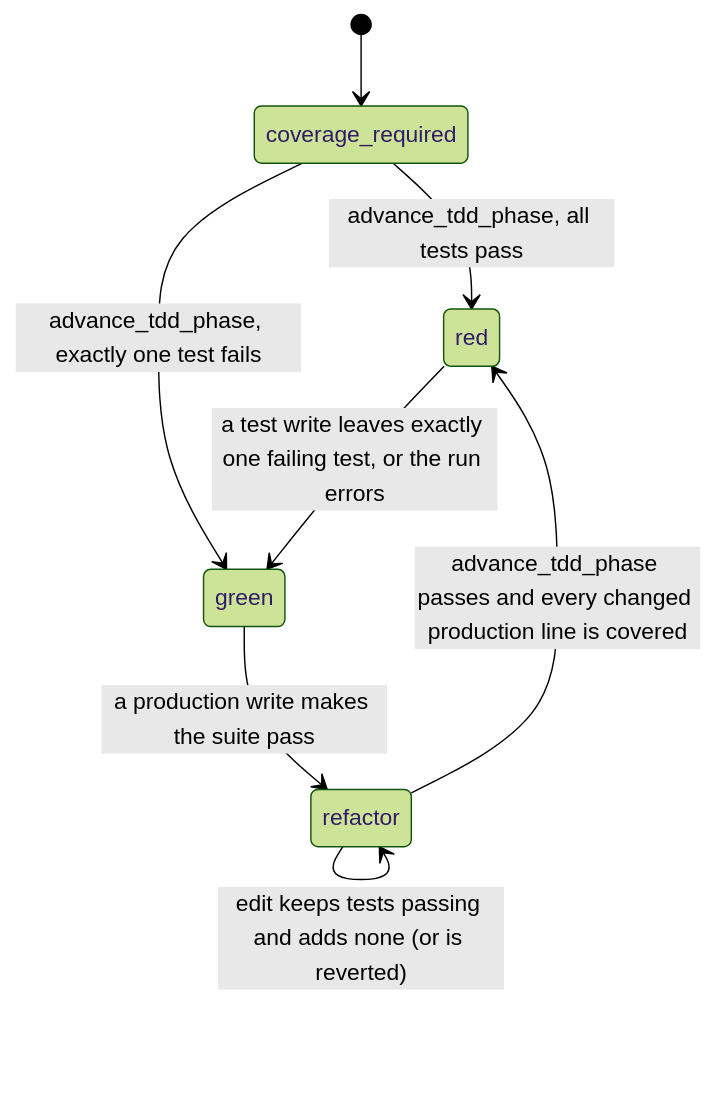
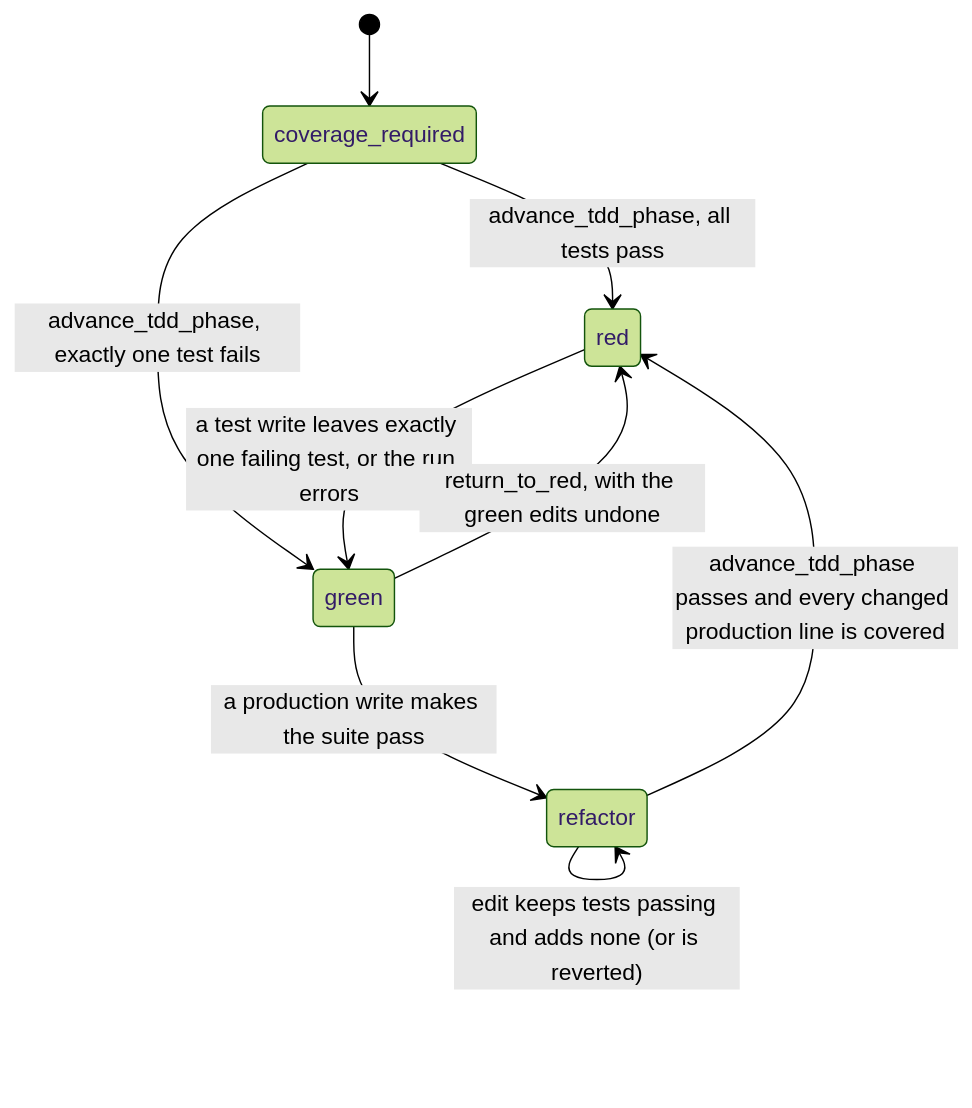
One commit to ChrisLucian-HunterIndustries/TDD-MCP changed the diagram in README.md. Above: the diagram before and after it, drawn with Mermaid (forest theme). The commit also changed other lines of this file and 2 other files, not shown here.

Commit message:
. d [return-to-red] Document return_to_red and restore README edits lost to a parallel-write race

````diff
--- a/README.md
+++ b/README.md
@@ -7,10 +7,11 @@
 ```mermaid
 stateDiagram-v2
     [*] --> coverage_required
     coverage_required --> red: advance_tdd_phase, all tests pass
     coverage_required --> green: advance_tdd_phase, exactly one test fails
     red --> green: a test write leaves exactly one failing test, or the run errors
     green --> refactor: a production write makes the suite pass
+    green --> red: return_to_red, with the green edits undone
     refactor --> red: advance_tdd_phase passes and every changed production line is covered
     refactor --> refactor: edit keeps tests passing and adds none (or is reverted)
 ```
````
